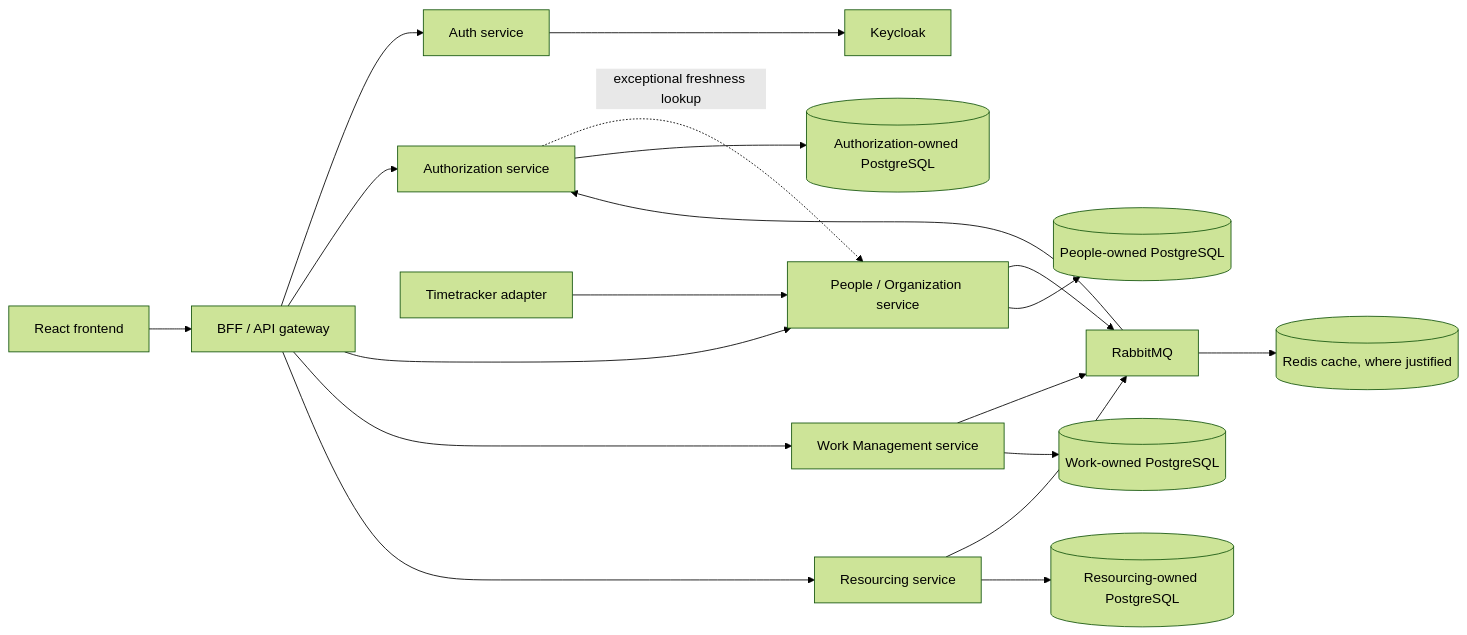
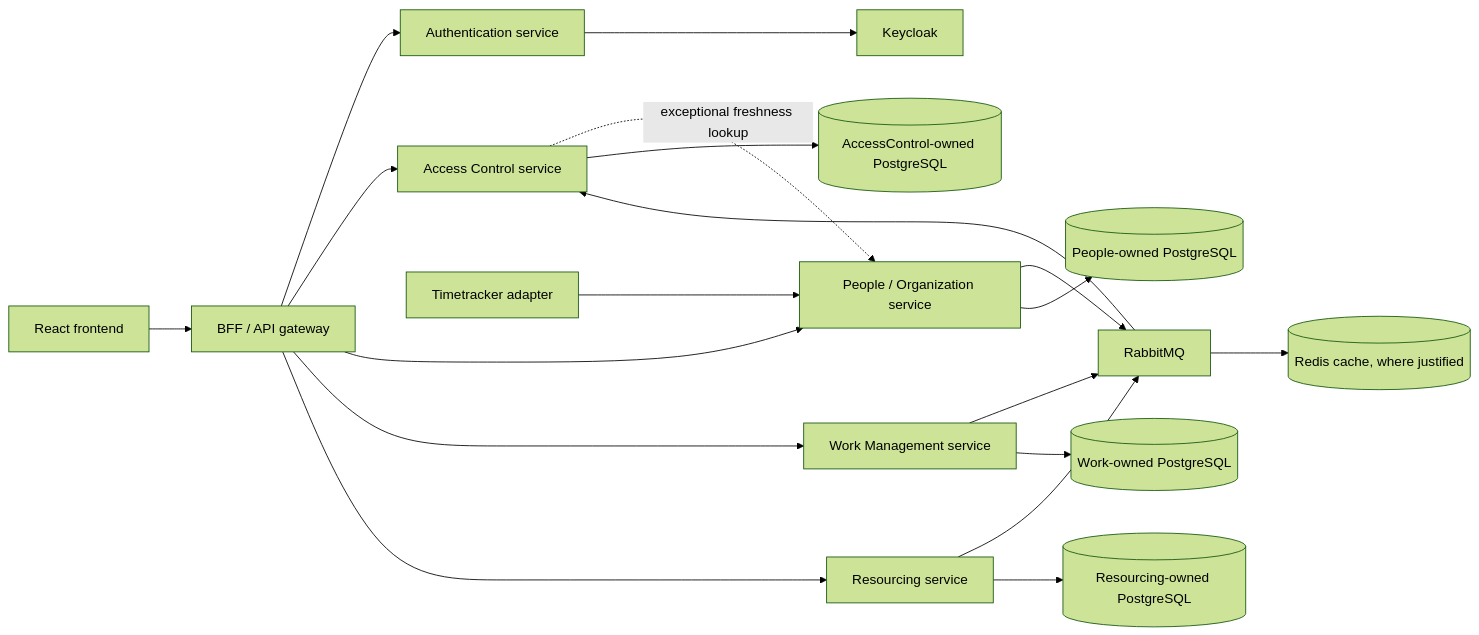
Before and after one commit to Olga-Levchenko/PeopleManagementSystem: the first of 2 diagrams in _bmad-output/planning-artifacts/architecture/architecture-PeopleManagementSystem-2026-08-25/ARCHITECTURE-SPINE.md, drawn with Mermaid (forest theme). The commit also changed other lines of this file and 40 other files, not shown here.

````diff
--- a/_bmad-output/planning-artifacts/architecture/architecture-PeopleManagementSystem-2026-08-25/ARCHITECTURE-SPINE.md
+++ b/_bmad-output/planning-artifacts/architecture/architecture-PeopleManagementSystem-2026-08-25/ARCHITECTURE-SPINE.md
@@ -157,21 +157,21 @@
 ```mermaid
 flowchart LR
     React[React frontend] --> BFF[BFF / API gateway]
-    BFF --> Identity[Auth service]
+    BFF --> Identity[Authentication service]
     Identity --> Keycloak[Keycloak]
-    BFF --> Auth[Authorization service]
+    BFF --> AccessControl[Access Control service]
     BFF --> People[People / Organization service]
     BFF --> Work[Work Management service]
     BFF --> Resourcing[Resourcing service]
     Timetracker[Timetracker adapter] --> People
     People --> Broker[RabbitMQ]
     Work --> Broker
     Resourcing --> Broker
-    Broker --> Auth
-    Auth -. exceptional freshness lookup .-> People
+    Broker --> AccessControl
+    AccessControl -. exceptional freshness lookup .-> People
     People --> PeopleDB[(People-owned PostgreSQL)]
-    Auth --> AuthDB[(Authorization-owned PostgreSQL)]
+    AccessControl --> AccessControlDB[(AccessControl-owned PostgreSQL)]
     Work --> WorkDB[(Work-owned PostgreSQL)]
     Resourcing --> ResourcingDB[(Resourcing-owned PostgreSQL)]
     Broker --> Redis[(Redis cache, where justified)]
 ```
````
